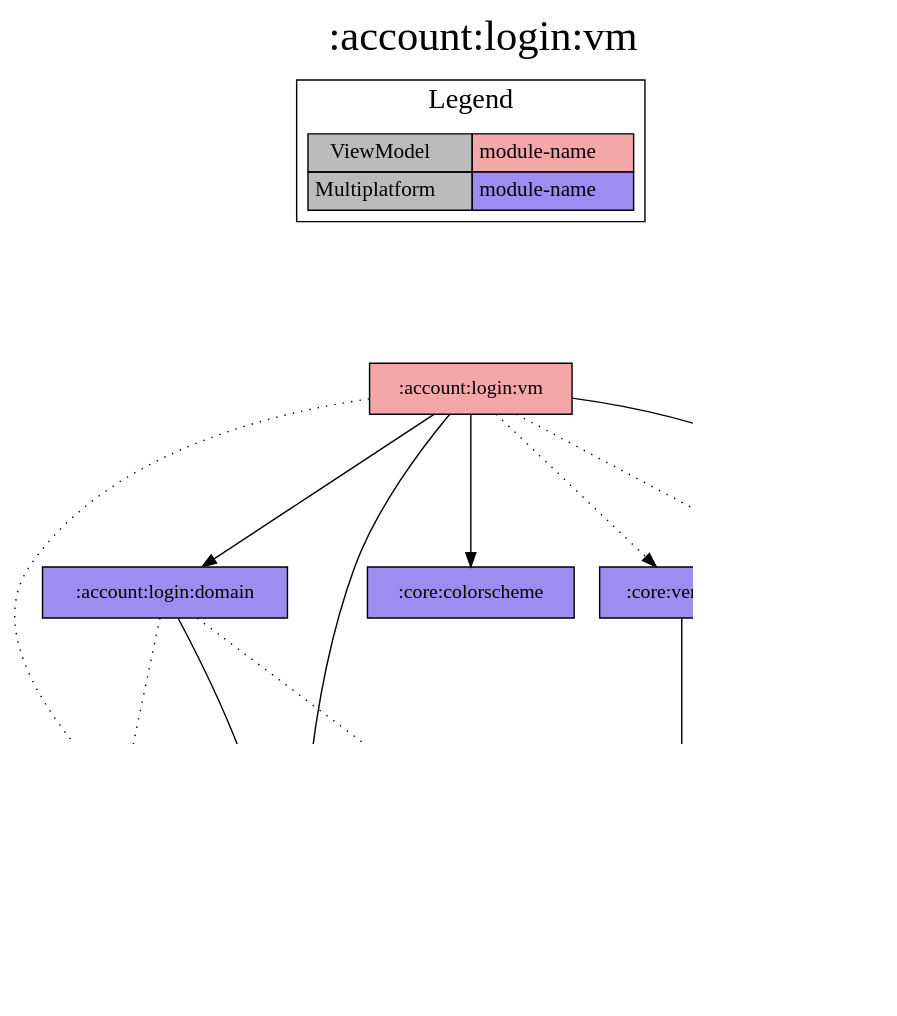
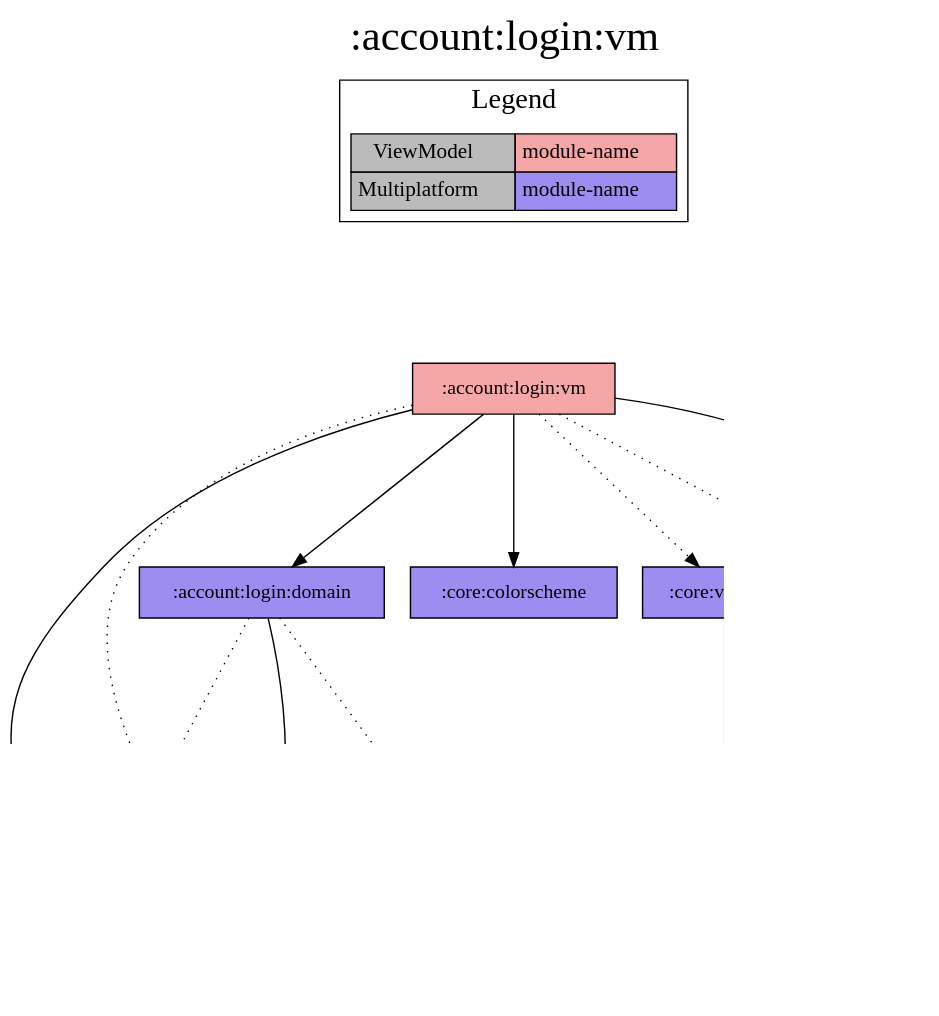
The diagram in modules/account/login/vm/project-dependency-graph.dot (jonapoul/aktual), drawn with Graphviz before and after one commit. The commit also changed 68 other files, not shown here.

```diff
--- a/modules/account/login/vm/project-dependency-graph.dot
+++ b/modules/account/login/vm/project-dependency-graph.dot
@@ -1,44 +1,46 @@
 digraph {
 edge ["dir"="forward"]
 graph ["dpi"="100","label"=":account:login:vm","labelloc"="t","fontsize"="30","ranksep"="1.5","rankdir"="TB"]
 node ["style"="filled"]
 ":account:login:domain" ["fillcolor"="#9D8DF1","shape"="box"]
 ":account:login:prefs" ["fillcolor"="#9D8DF1","shape"="box"]
 ":account:login:vm" ["fillcolor"="#F5A6A6","shape"="box"]
 ":account:model" ["fillcolor"="#9D8DF1","shape"="box"]
 ":api:actual" ["fillcolor"="#9D8DF1","shape"="box"]
+":api:core" ["fillcolor"="#9D8DF1","shape"="box"]
 ":core:buildconfig" ["fillcolor"="#9D8DF1","shape"="box"]
 ":core:colorscheme" ["fillcolor"="#9D8DF1","shape"="box"]
 ":core:versions" ["fillcolor"="#9D8DF1","shape"="box"]
 ":url:model" ["fillcolor"="#9D8DF1","shape"="box"]
 ":url:prefs" ["fillcolor"="#9D8DF1","shape"="box"]
 {
 edge ["dir"="none"]
 graph ["rank"="same"]
 }
 ":account:login:domain" -> ":account:login:prefs" ["style"="dotted"]
 ":account:login:domain" -> ":account:model"
 ":account:login:domain" -> ":api:actual" ["style"="dotted"]
 ":account:login:prefs" -> ":account:model"
 ":account:login:vm" -> ":account:login:domain"
 ":account:login:vm" -> ":account:login:prefs" ["style"="dotted"]
 ":account:login:vm" -> ":account:model"
 ":account:login:vm" -> ":core:colorscheme"
 ":account:login:vm" -> ":core:versions" ["style"="dotted"]
 ":account:login:vm" -> ":url:model"
 ":account:login:vm" -> ":url:prefs" ["style"="dotted"]
 ":api:actual" -> ":account:model"
+":api:actual" -> ":api:core"
 ":api:actual" -> ":url:model"
 ":core:versions" -> ":core:buildconfig"
 ":url:prefs" -> ":url:model"
 subgraph "cluster_legend" {
 edge ["dir"="none"]
 graph ["label"="Legend","fontsize"="20"]
 "Legend" ["style"="filled","fillcolor"="#bbbbbb","shape"="none","margin"="0","fontsize"="15","label"=<
 <TABLE BORDER="0" CELLBORDER="1" CELLSPACING="0" CELLPADDING="4">
 <TR><TD>ViewModel</TD><TD BGCOLOR="#F5A6A6">module-name</TD></TR>
 <TR><TD>Multiplatform</TD><TD BGCOLOR="#9D8DF1">module-name</TD></TR>
 </TABLE>
 >]
 } -> ":account:login:vm" ["style"="invis"]
 }
```
